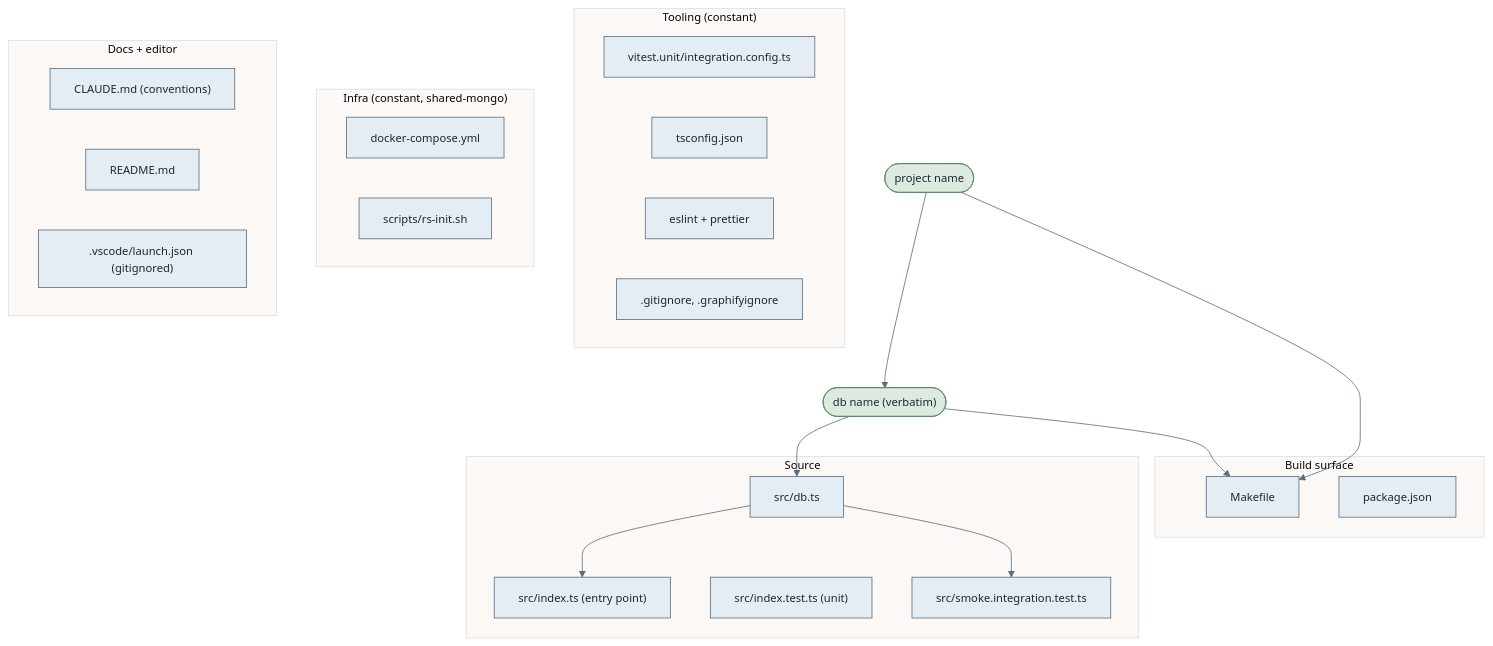
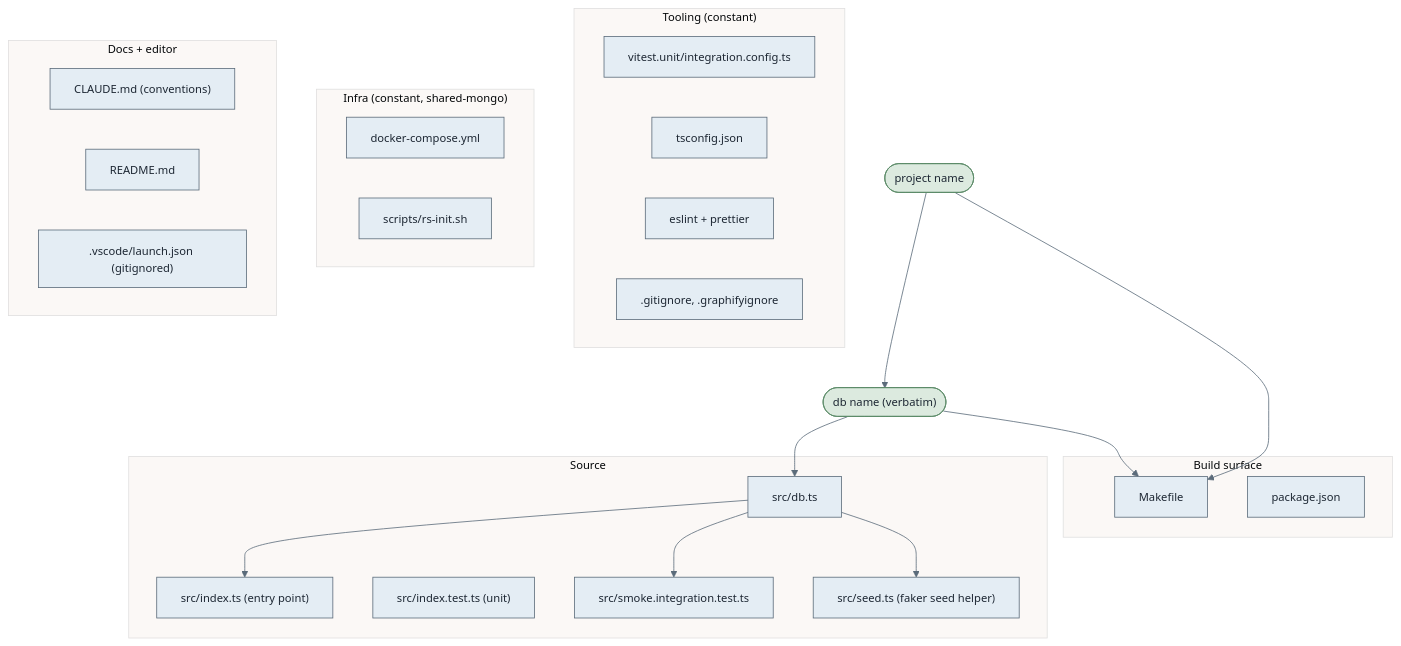
The third of 4 diagrams in docs/scripts.md (omerosaienni/agent-sdlc), drawn with Mermaid before and after one commit. The commit also changed other lines of this file and 15 other files, not shown here.

Commit message:
docs: sync documentation and diagrams with the product (#13)

````diff
--- a/docs/scripts.md
+++ b/docs/scripts.md
@@ -90,44 +90,46 @@
 ```mermaid
 %%{init: {'theme':'base','themeVariables':{'primaryColor':'#e4edf4','primaryTextColor':'#1d2733','primaryBorderColor':'#5b6b7a','lineColor':'#5b6b7a','fontSize':'14px'}}}%%
 flowchart TD
     name(["project name"]) --> dbname(["db name (verbatim)"])
     dbname --> dbts
     dbname --> makefile
     name --> makefile
 
     subgraph tooling["Tooling (constant)"]
         vitest["vitest.unit/integration.config.ts"]
         tsconfig["tsconfig.json"]
         lint["eslint + prettier"]
         ignores[".gitignore, .graphifyignore"]
     end
 
     subgraph infra["Infra (constant, shared-mongo)"]
         compose["docker-compose.yml"]
         rsinit["scripts/rs-init.sh"]
     end
 
     subgraph source["Source"]
         dbts["src/db.ts"]
         index["src/index.ts (entry point)"]
         indextest["src/index.test.ts (unit)"]
         smoke["src/smoke.integration.test.ts"]
+        seed["src/seed.ts (faker seed helper)"]
     end
 
     subgraph build["Build surface"]
         makefile["Makefile"]
         pkg["package.json"]
     end
 
     subgraph docs["Docs + editor"]
         claude["CLAUDE.md (conventions)"]
         readme["README.md"]
         vscode[".vscode/launch.json (gitignored)"]
     end
 
     dbts --> index
     dbts --> smoke
+    dbts --> seed
 
     classDef param fill:#dceadf,stroke:#5a8a66,color:#1d2733;
     class name,dbname param;
 ```
````
